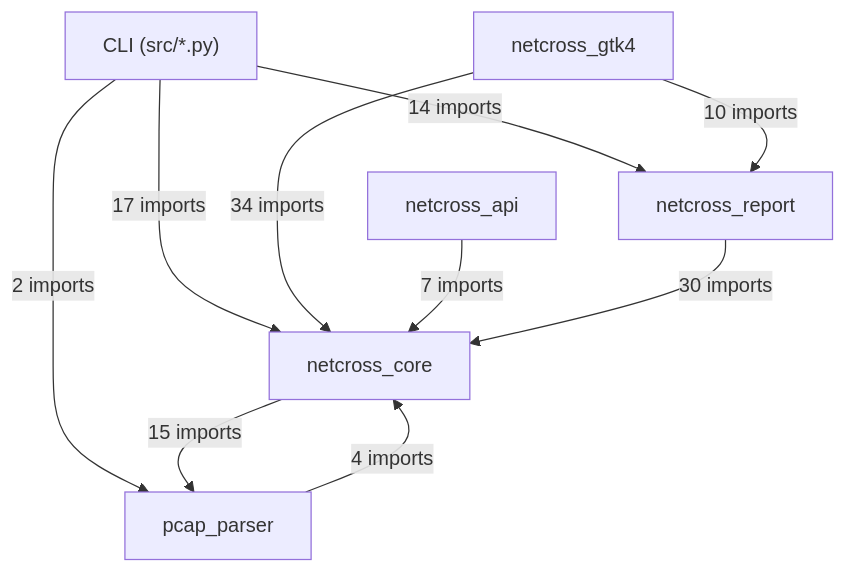
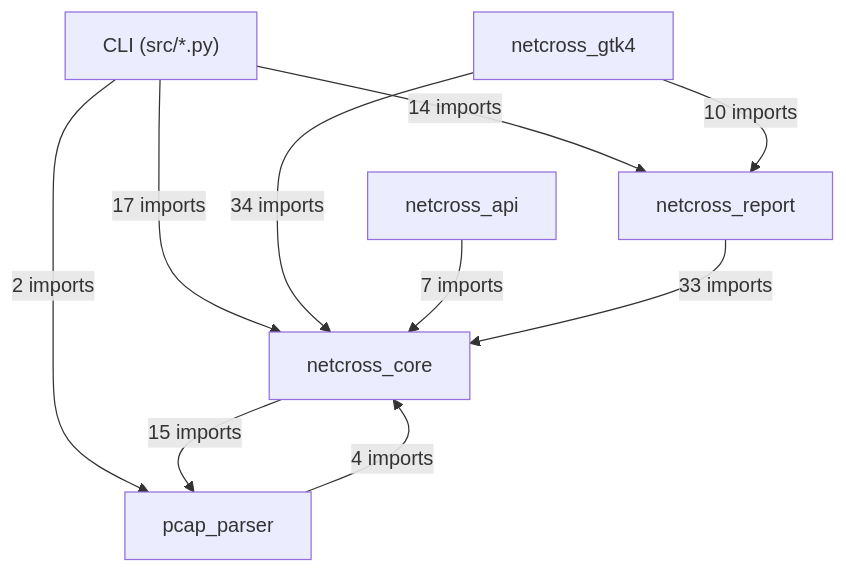
Before and after one commit to MathildeDec/Netcross: the first of 16 diagrams in docs/class-diagram.md, drawn with Mermaid. The commit also changed 3 other files, not shown here.

````diff
--- a/docs/class-diagram.md
+++ b/docs/class-diagram.md
@@ -26,18 +26,18 @@
 ```mermaid
 flowchart TD
     CLI["CLI (src/*.py)"]
     netcross_gtk4["netcross_gtk4"]
     netcross_api["netcross_api"]
     netcross_report["netcross_report"]
     netcross_core["netcross_core"]
     pcap_parser["pcap_parser"]
     CLI -->|"14 imports"| netcross_report
     CLI -->|"17 imports"| netcross_core
     CLI -->|"2 imports"| pcap_parser
     netcross_gtk4 -->|"10 imports"| netcross_report
     netcross_gtk4 -->|"34 imports"| netcross_core
     netcross_api -->|"7 imports"| netcross_core
-    netcross_report -->|"30 imports"| netcross_core
+    netcross_report -->|"33 imports"| netcross_core
     netcross_core -->|"15 imports"| pcap_parser
     pcap_parser -->|"4 imports"| netcross_core
 ```
````
